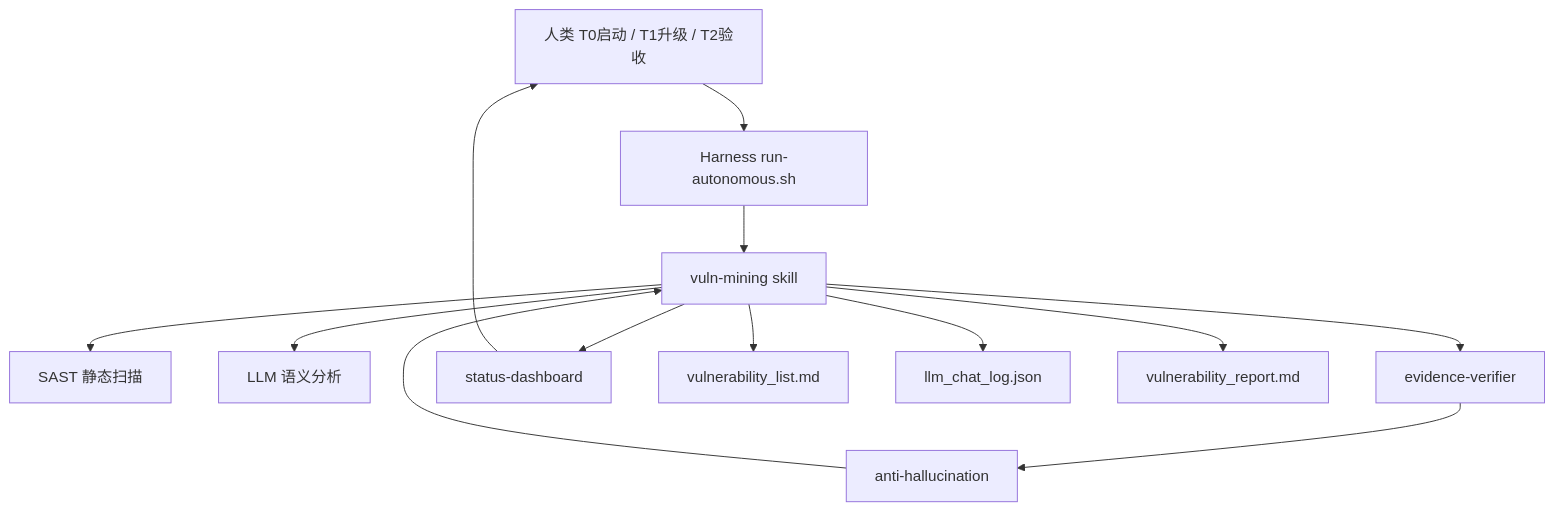
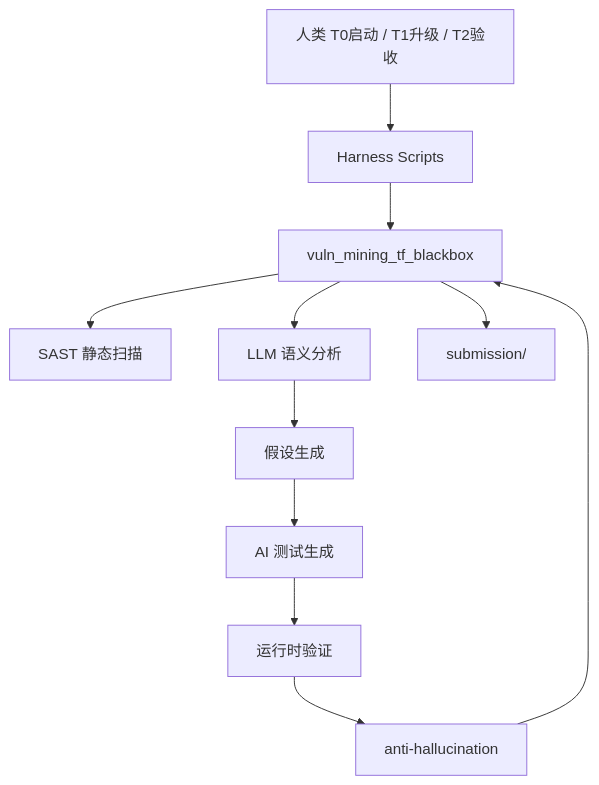
One commit to thyzfmh/vuln-mining-tensorflow changed the diagram in README.md. Above: the diagram before and after it, drawn with Mermaid. The commit also changed other lines of this file and 17 other files, not shown here.

First line of the commit message:
feat: restructure skill to vuln_mining_tf_blackbox with runtime verification

````diff
--- a/README.md
+++ b/README.md
@@ -16,27 +16,24 @@
 ```mermaid
 graph TB
     Human[人类 T0启动 / T1升级 / T2验收]
-    Harness[Harness run-autonomous.sh]
-    Scanner[vuln-mining skill]
+    Harness[Harness Scripts]
+    Pipeline[vuln_mining_tf_blackbox]
     SAST[SAST 静态扫描]
     LLM[LLM 语义分析]
-    Evidence[evidence-verifier]
+    Hypothesis[假设生成]
+    TestGen[AI 测试生成]
+    Runtime[运行时验证]
     AntiHalluc[anti-hallucination]
-    Status[status-dashboard]
-    VulnList[vulnerability_list.md]
-    ChatLog[llm_chat_log.json]
-    VulnReport[vulnerability_report.md]
+    Sub[submission/]
 
     Human --> Harness
-    Harness --> Scanner
-    Scanner --> SAST
-    Scanner --> LLM
-    Scanner --> Evidence
-    Evidence --> AntiHalluc
-    Scanner --> Status
-    Scanner --> VulnList
-    Scanner --> ChatLog
-    Scanner --> VulnReport
-    AntiHalluc --> Scanner
-    Status --> Human
+    Harness --> Pipeline
+    Pipeline --> SAST
+    Pipeline --> LLM
+    LLM --> Hypothesis
+    Hypothesis --> TestGen
+    TestGen --> Runtime
+    Runtime --> AntiHalluc
+    Pipeline --> Sub
+    AntiHalluc --> Pipeline
 ```
````
